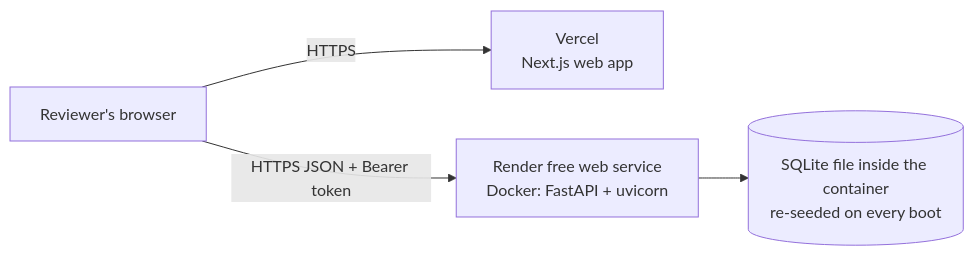
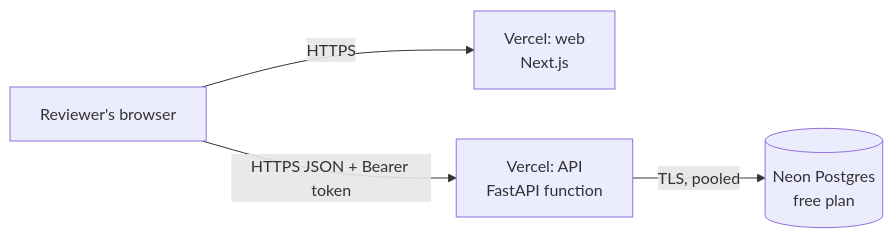
One commit to xorostar/acme-salary-management changed the diagram in docs/deployment.md. Above: the diagram before and after it, drawn with Mermaid. The commit also changed other lines of this file and 9 other files, not shown here.

First line of the commit message:
deploy: Vercel for web and API, Neon for Postgres, all free

````diff
--- a/docs/deployment.md
+++ b/docs/deployment.md
@@ -10,6 +11,6 @@
 ```mermaid
 flowchart LR
-    R[Reviewer's browser] -->|HTTPS| V[Vercel<br/>Next.js web app]
-    R -->|HTTPS JSON + Bearer token| A[Render free web service<br/>Docker: FastAPI + uvicorn]
-    A --> D[(SQLite file inside the container<br/>re-seeded on every boot)]
+    R[Reviewer's browser] -->|HTTPS| W[Vercel: web<br/>Next.js]
+    R -->|HTTPS JSON + Bearer token| A[Vercel: API<br/>FastAPI function]
+    A -->|TLS, pooled| N[(Neon Postgres<br/>free plan)]
 ```
````
